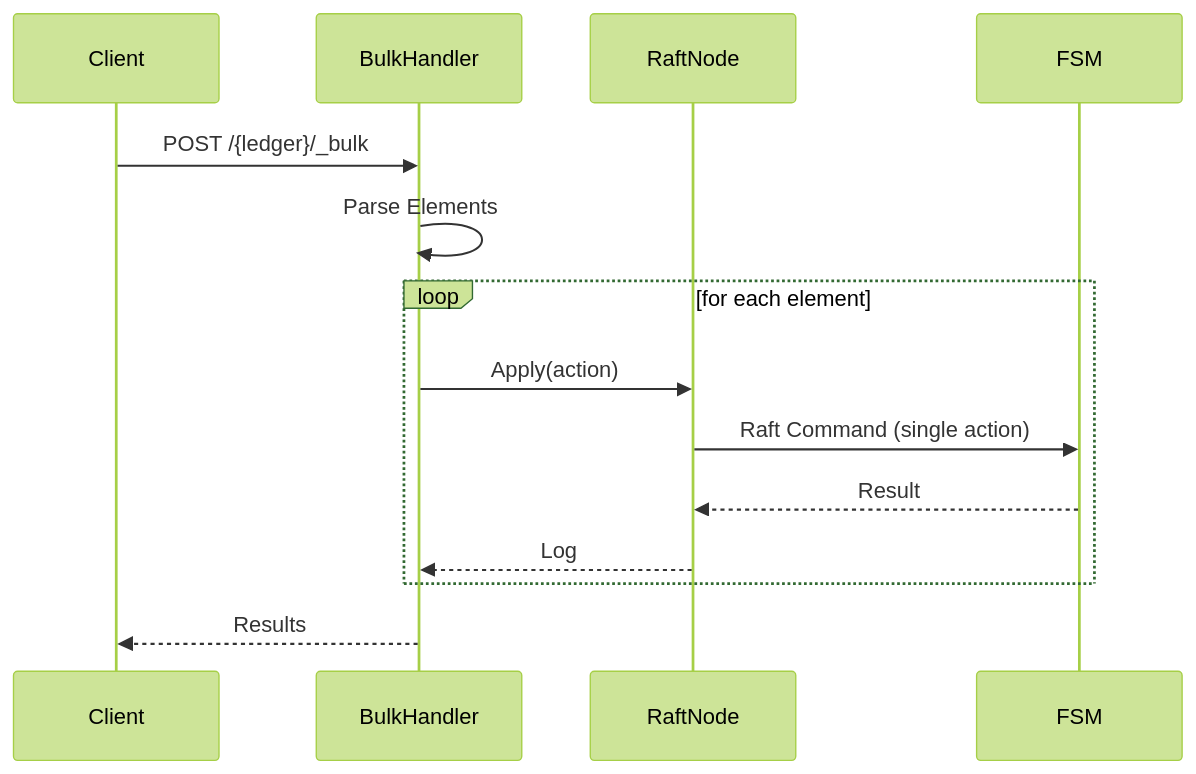
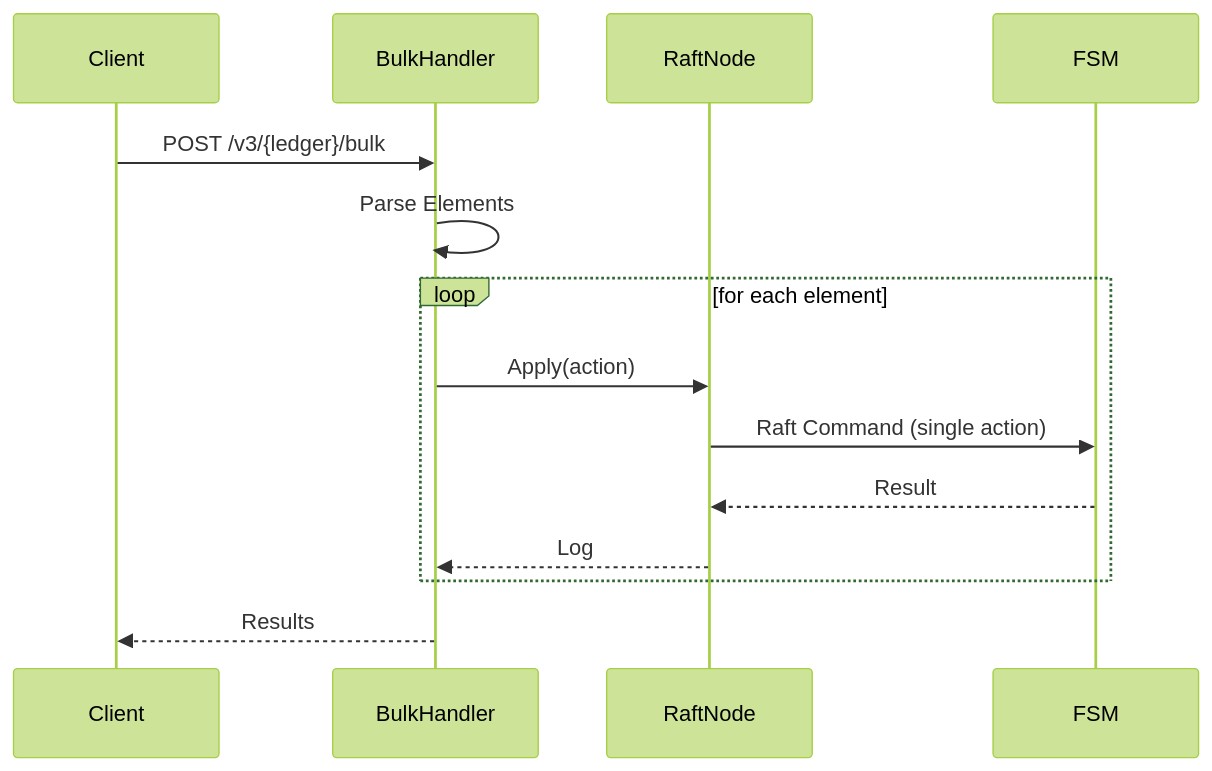
Before and after one commit to formancehq/ledger: the ninth of 11 diagrams in docs/technical/architecture/data-flows.md, drawn with Mermaid (forest theme). The commit also changed other lines of this file and 9 other files, not shown here.

````diff
--- a/docs/technical/architecture/data-flows.md
+++ b/docs/technical/architecture/data-flows.md
@@ -647,19 +647,19 @@
 ```mermaid
 sequenceDiagram
     participant Client
     participant BulkHandler
     participant RaftNode
     participant FSM
     
-    Client->>BulkHandler: POST /{ledger}/_bulk
+    Client->>BulkHandler: POST /v3/{ledger}/bulk
     BulkHandler->>BulkHandler: Parse Elements
     
     loop for each element
         BulkHandler->>RaftNode: Apply(action)
         RaftNode->>FSM: Raft Command (single action)
         FSM-->>RaftNode: Result
         RaftNode-->>BulkHandler: Log
     end
     
     BulkHandler-->>Client: Results
 ```
````
